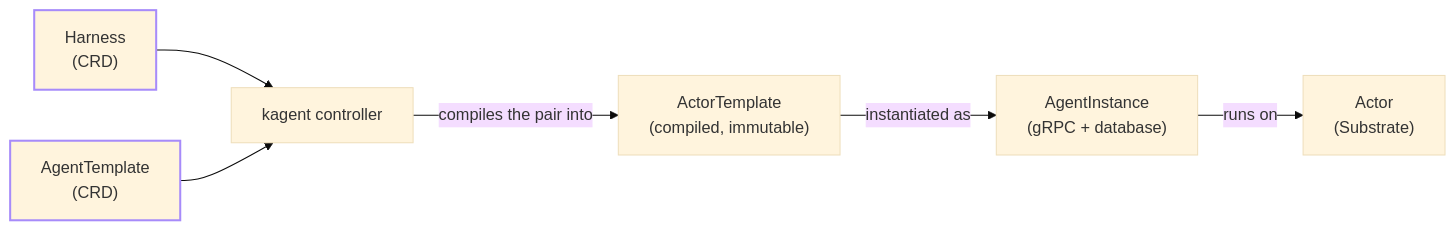
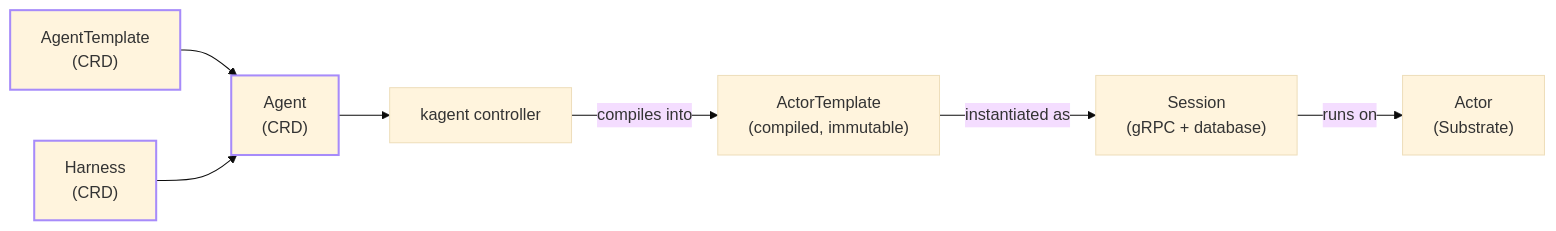
One commit to kagent-dev/website changed the diagram in docs-site/content/kagent/1.x/about/core-concepts.md. Above: the diagram before and after it, drawn with Mermaid (base theme). The commit also changed other lines of this file and 3 other files, not shown here.

Commit message:
Agent and Session adds

````diff
--- a/docs-site/content/kagent/1.x/about/core-concepts.md
+++ b/docs-site/content/kagent/1.x/about/core-concepts.md
@@ -22,18 +23,20 @@
 ```mermaid
 flowchart LR
+    template["AgentTemplate<br>(CRD)"]
     harness["Harness<br>(CRD)"]
-    template["AgentTemplate<br>(CRD)"]
+    agent["Agent<br>(CRD)"]
     controller["kagent controller"]
     actortemplate["ActorTemplate<br>(compiled, immutable)"]
-    instance["AgentInstance<br>(gRPC + database)"]
+    session["Session<br>(gRPC + database)"]
     actor["Actor<br>(Substrate)"]
 
-    harness --> controller
-    template --> controller
-    controller -->|compiles the pair into| actortemplate
-    actortemplate -->|instantiated as| instance
-    instance -->|runs on| actor
+    template --> agent
+    harness --> agent
+    agent --> controller
+    controller -->|compiles into| actortemplate
+    actortemplate -->|instantiated as| session
+    session -->|runs on| actor
 
     classDef crd stroke:#a78bfa,stroke-width:2px
-    class harness,template crd
+    class template,harness,agent crd
 ```
````
